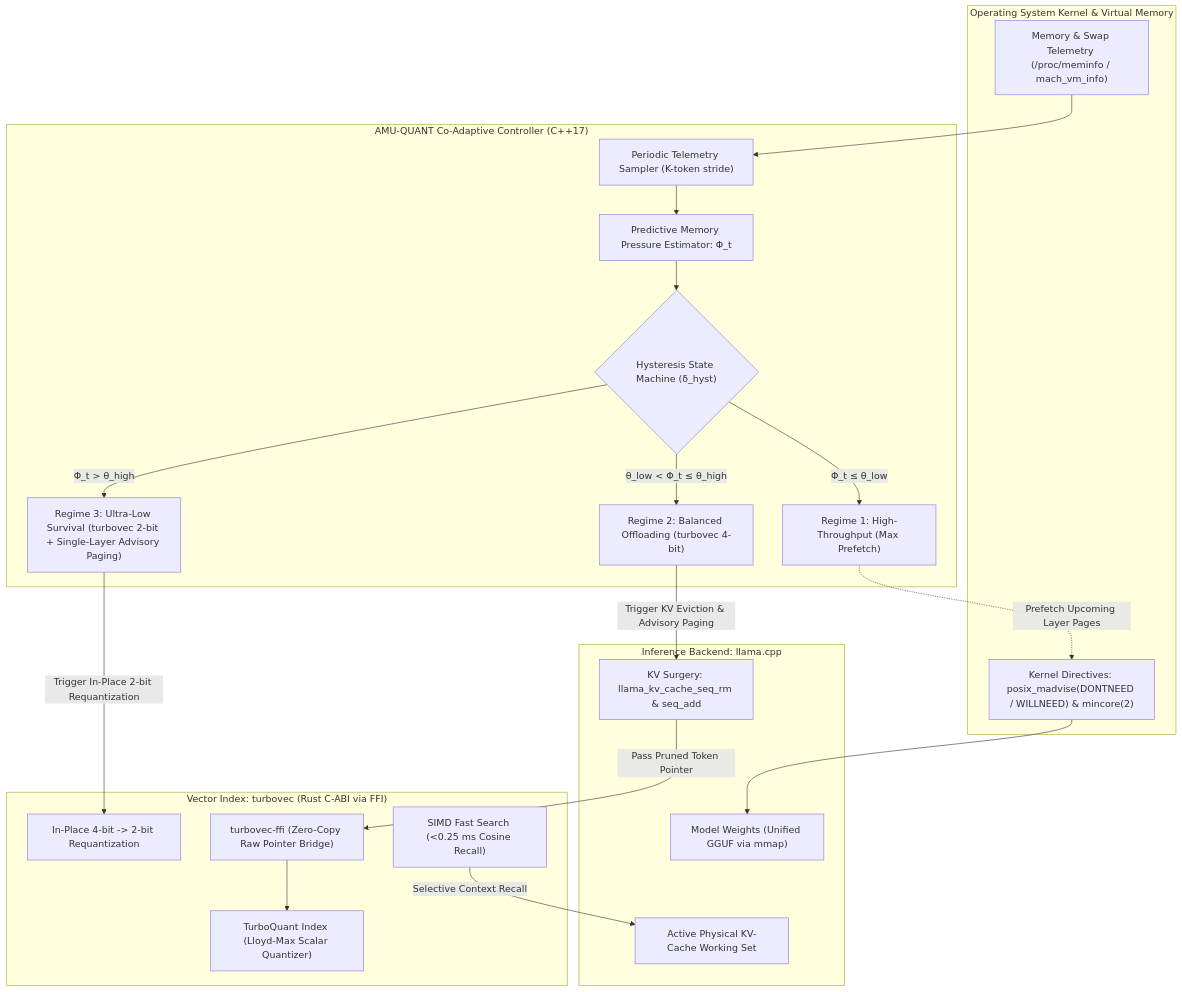
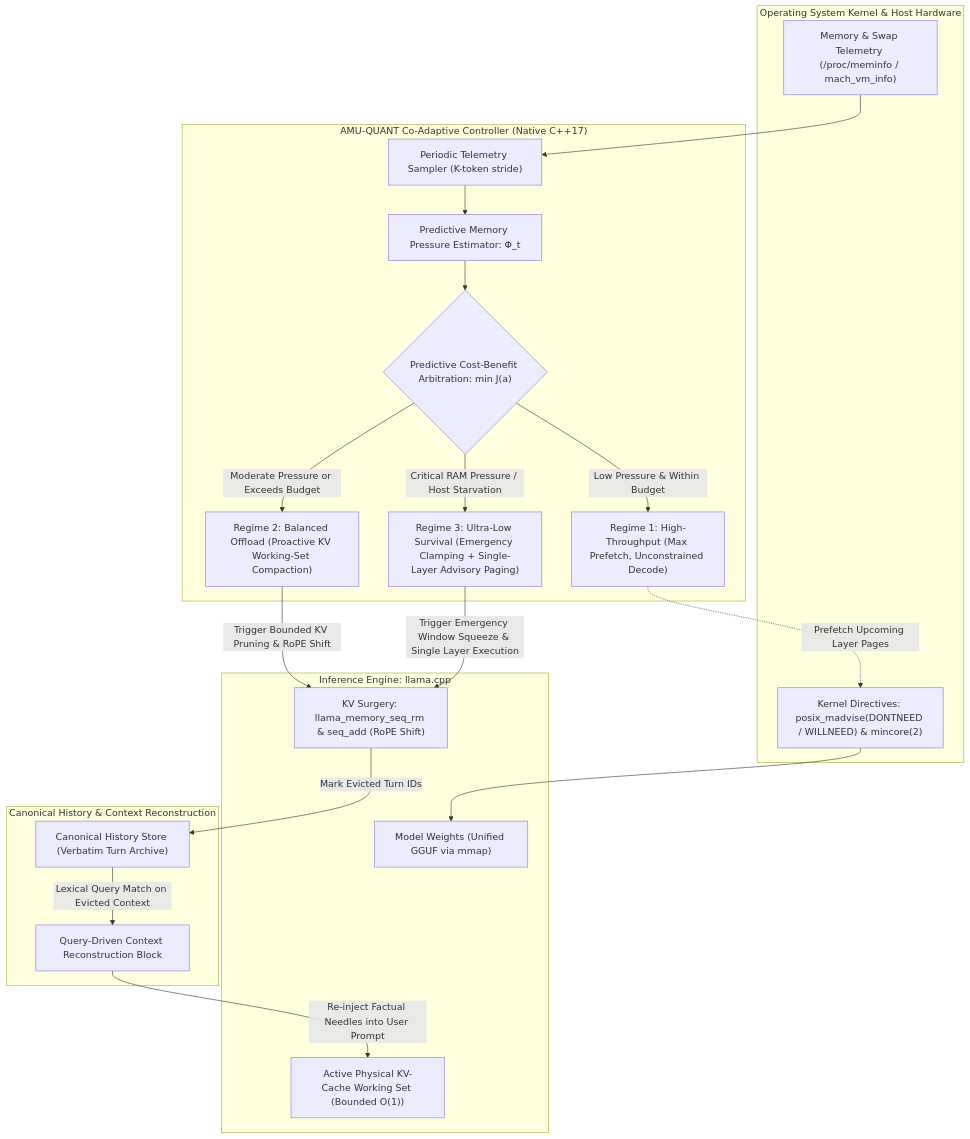
The diagram in docs/README.md (ridwanmubarok/amuquant), drawn with Mermaid before and after one commit. The commit also changed other lines of this file and 10 other files, not shown here.

Commit message:
refactor: completely purge turboquant/turbovec and integrate canonical history reconstruction

````diff
--- a/docs/README.md
+++ b/docs/README.md
@@ -21,46 +20,43 @@
 ```mermaid
 flowchart TD
-    subgraph Kernel_OS ["Operating System Kernel & Virtual Memory"]
+    subgraph Kernel_OS ["Operating System Kernel & Host Hardware"]
         VM_Stat["Memory & Swap Telemetry (/proc/meminfo / mach_vm_info)"]
         KernelMadvise["Kernel Directives: posix_madvise(DONTNEED / WILLNEED) & mincore(2)"]
     end
 
-    subgraph AMUQuant_Engine ["AMU-QUANT Co-Adaptive Controller (C++17)"]
+    subgraph AMUQuant_Engine ["AMU-QUANT Co-Adaptive Controller (Native C++17)"]
         Sampling["Periodic Telemetry Sampler (K-token stride)"]
         ScoreEngine["Predictive Memory Pressure Estimator: Φ_t"]
-        RegimeLogic{"Hysteresis State Machine (δ_hyst)"}
-        R1["Regime 1: High-Throughput (Max Prefetch)"]
-        R2["Regime 2: Balanced Offloading (turbovec 4-bit)"]
-        R3["Regime 3: Ultra-Low Survival (turbovec 2-bit + Single-Layer Advisory Paging)"]
+        RegimeLogic{"Predictive Cost-Benefit Arbitration: min J(a)"}
+        R1["Regime 1: High-Throughput (Max Prefetch, Unconstrained Decode)"]
+        R2["Regime 2: Balanced Offload (Proactive KV Working-Set Compaction)"]
+        R3["Regime 3: Ultra-Low Survival (Emergency Clamping + Single-Layer Advisory Paging)"]
     end
 
-    subgraph Llama_CPP ["Inference Backend: llama.cpp"]
+    subgraph Llama_CPP ["Inference Engine: llama.cpp"]
         MmapWeights["Model Weights (Unified GGUF via mmap)"]
-        ActiveKVCache["Active Physical KV-Cache Working Set"]
-        Surgery["KV Surgery: llama_kv_cache_seq_rm & seq_add"]
+        ActiveKVCache["Active Physical KV-Cache Working Set (Bounded O(1))"]
+        Surgery["KV Surgery: llama_memory_seq_rm & seq_add (RoPE Shift)"]
     end
 
-    subgraph Turbovec_Rust ["Vector Index: turbovec (Rust C-ABI via FFI)"]
-        FFI["turbovec-ffi (Zero-Copy Raw Pointer Bridge)"]
-        TurboQuant["TurboQuant Index (Lloyd-Max Scalar Quantizer)"]
-        Requantize["In-Place 4-bit -> 2-bit Requantization"]
-        SIMD["SIMD Fast Search (<0.25 ms Cosine Recall)"]
+    subgraph History_Memory ["Canonical History & Context Reconstruction"]
+        HistoryStore["Canonical History Store (Verbatim Turn Archive)"]
+        ReconstructPrompt["Query-Driven Context Reconstruction Block"]
     end
 
     VM_Stat --> Sampling
     Sampling --> ScoreEngine
     ScoreEngine --> RegimeLogic
-    RegimeLogic -->|Φ_t ≤ θ_low| R1
-    RegimeLogic -->|θ_low < Φ_t ≤ θ_high| R2
-    RegimeLogic -->|Φ_t > θ_high| R3
+    RegimeLogic -->|Low Pressure & Within Budget| R1
+    RegimeLogic -->|Moderate Pressure or Exceeds Budget| R2
+    RegimeLogic -->|Critical RAM Pressure / Host Starvation| R3
 
     R1 -.->|Prefetch Upcoming Layer Pages| KernelMadvise
-    R2 -->|Trigger KV Eviction & Advisory Paging| Surgery
-    R3 -->|Trigger In-Place 2-bit Requantization| Requantize
-
-    Surgery -->|Pass Pruned Token Pointer| FFI
-    FFI --> TurboQuant
-    SIMD -->|Selective Context Recall| ActiveKVCache
+    R2 -->|Trigger Bounded KV Pruning & RoPE Shift| Surgery
+    R3 -->|Trigger Emergency Window Squeeze & Single Layer Execution| Surgery
+    Surgery -->|Mark Evicted Turn IDs| HistoryStore
+    HistoryStore -->|Lexical Query Match on Evicted Context| ReconstructPrompt
+    ReconstructPrompt -->|Re-inject Factual Needles into User Prompt| ActiveKVCache
 
     KernelMadvise --> MmapWeights
 ```
````
